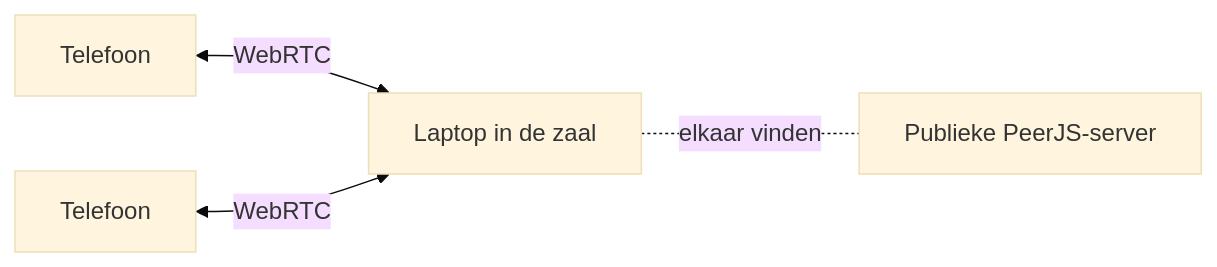
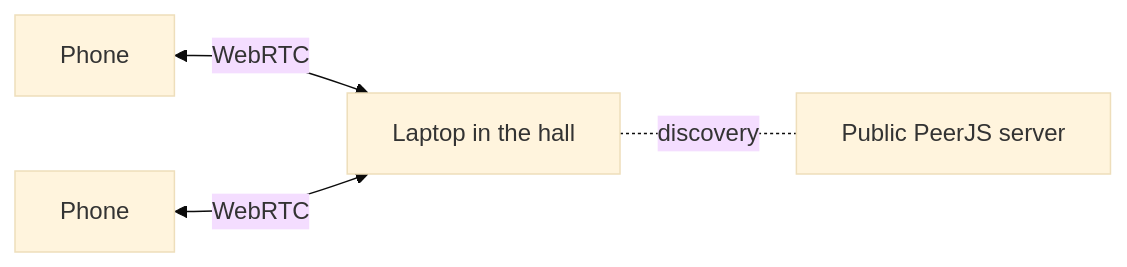
The diagram in README.md (lfb0801/pickleball-hussel-systeem), drawn with Mermaid (base theme) before and after one commit. The commit also changed other lines of this file and 42 other files, not shown here.

````diff
--- a/README.md
+++ b/README.md
@@ -13,6 +15,6 @@
 ```mermaid
 flowchart LR
-  T1[Telefoon] <-- WebRTC --> L[Laptop in de zaal]
-  T2[Telefoon] <-- WebRTC --> L
-  L -. elkaar vinden .- P[Publieke PeerJS-server]
+  P1[Phone] <-- WebRTC --> L[Laptop in the hall]
+  P2[Phone] <-- WebRTC --> L
+  L -. discovery .- S[Public PeerJS server]
 ```
````
